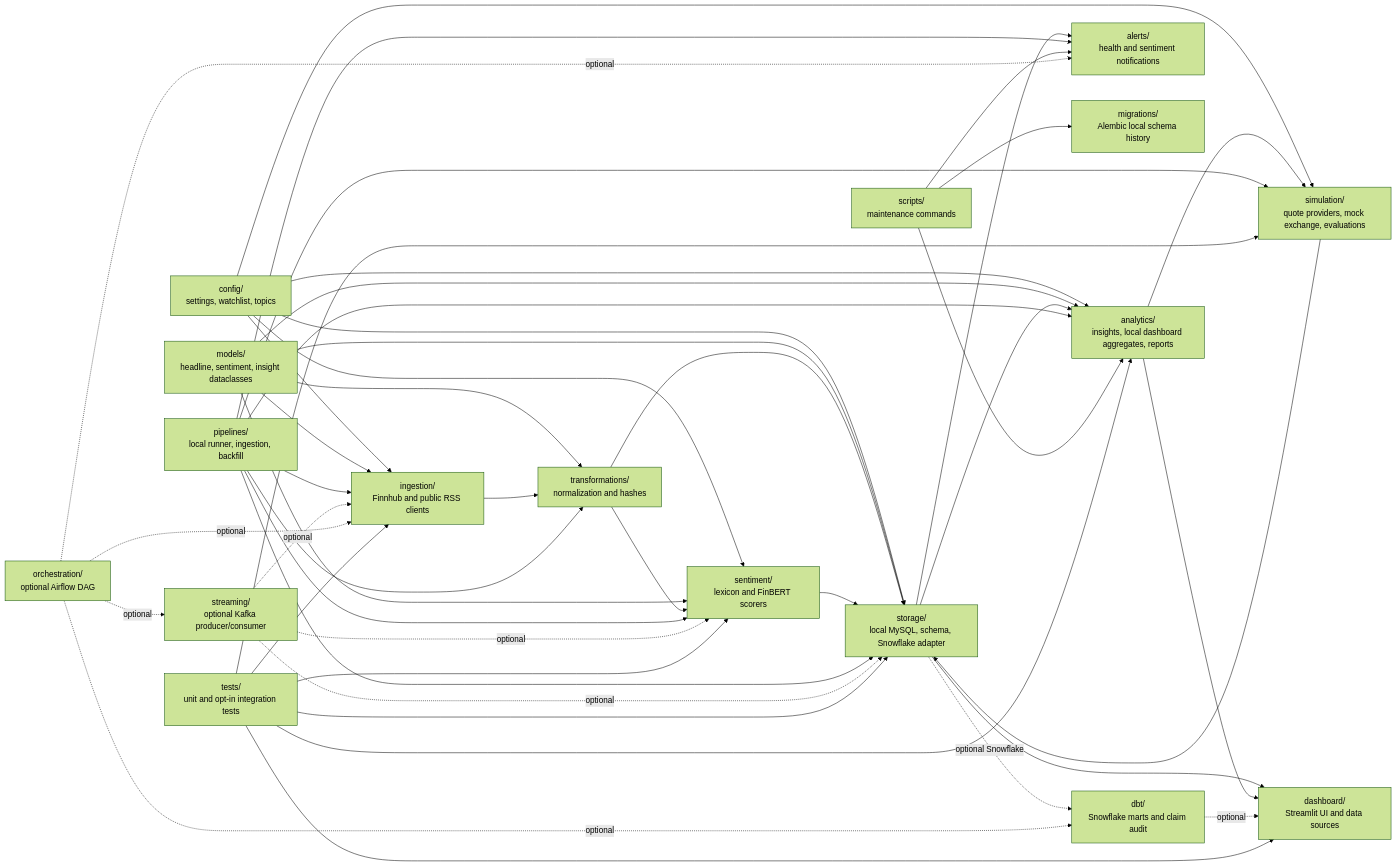
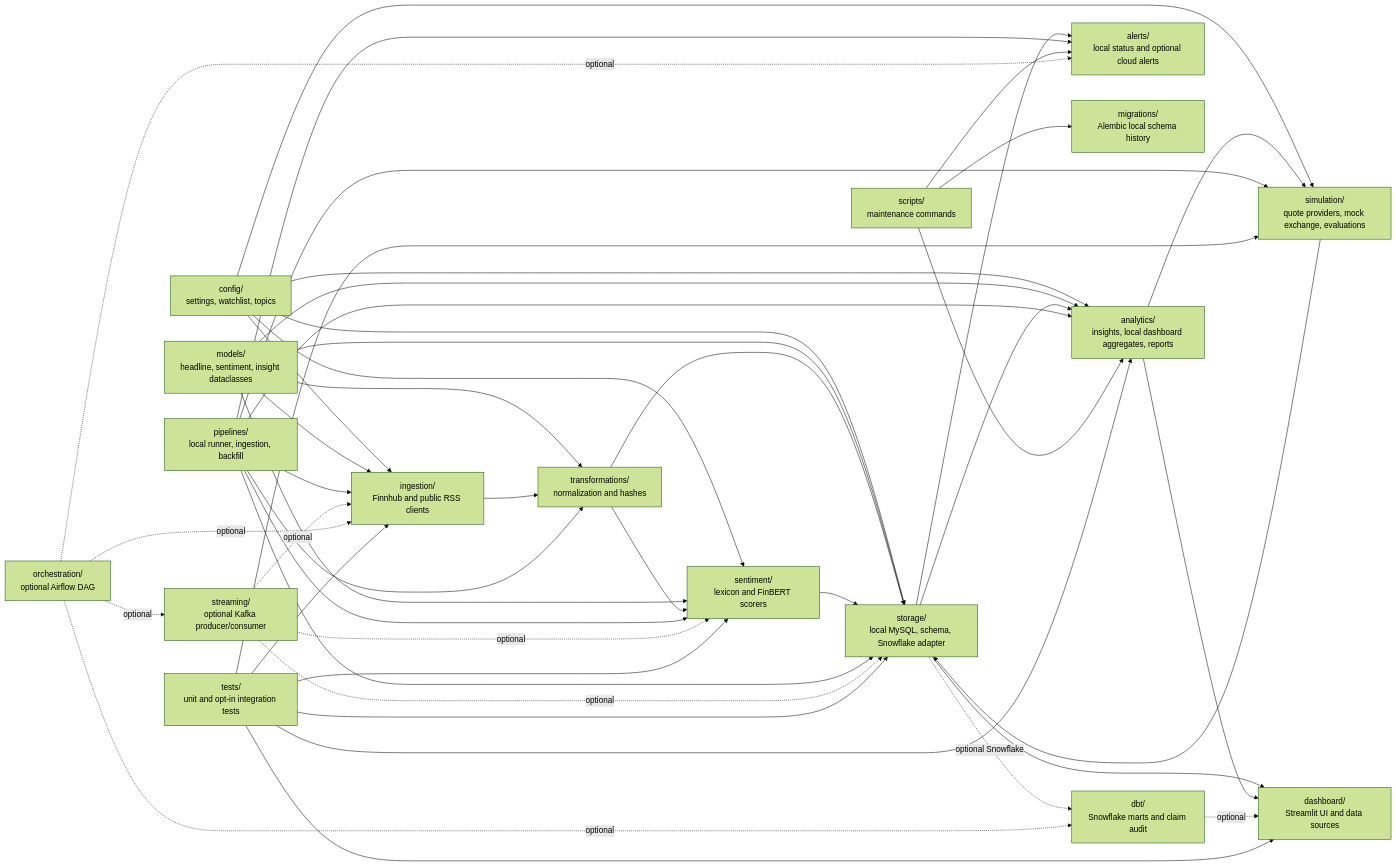
The diagram in docs/package_diagram.md (AdrianCC9/Quicksilver), drawn with Mermaid (forest theme) before and after one commit. The commit also changed 23 other files, not shown here.

````diff
--- a/docs/package_diagram.md
+++ b/docs/package_diagram.md
@@ -1,73 +1,73 @@
 ```mermaid
 flowchart LR
 
     config["config/\nsettings, watchlist, topics"]
     models["models/\nheadline, sentiment, insight dataclasses"]
     ingestion["ingestion/\nFinnhub and public RSS clients"]
     transformations["transformations/\nnormalization and hashes"]
     sentiment["sentiment/\nlexicon and FinBERT scorers"]
     analytics["analytics/\ninsights, local dashboard aggregates, reports"]
     simulation["simulation/\nquote providers, mock exchange, evaluations"]
     storage["storage/\nlocal MySQL, schema, Snowflake adapter"]
-    alerts["alerts/\nhealth and sentiment notifications"]
+    alerts["alerts/\nlocal status and optional cloud alerts"]
     dashboard["dashboard/\nStreamlit UI and data sources"]
     pipelines["pipelines/\nlocal runner, ingestion, backfill"]
     scripts["scripts/\nmaintenance commands"]
     migrations["migrations/\nAlembic local schema history"]
     dbt["dbt/\nSnowflake marts and claim audit"]
     orchestration["orchestration/\noptional Airflow DAG"]
     streaming["streaming/\noptional Kafka producer/consumer"]
     tests["tests/\nunit and opt-in integration tests"]
 
     config --> ingestion
     config --> sentiment
     config --> analytics
     config --> simulation
     config --> storage
 
     models --> ingestion
     models --> transformations
     models --> sentiment
     models --> analytics
     models --> storage
 
     ingestion --> transformations
     transformations --> storage
     transformations --> sentiment
     sentiment --> storage
     storage --> analytics
     analytics --> simulation
     simulation --> storage
     storage --> alerts
     storage --> dashboard
     analytics --> dashboard
 
     pipelines --> ingestion
     pipelines --> transformations
     pipelines --> sentiment
     pipelines --> analytics
     pipelines --> simulation
     pipelines --> alerts
     pipelines --> storage
 
     scripts --> migrations
     scripts --> alerts
     scripts --> analytics
 
     streaming -. optional .-> ingestion
     streaming -. optional .-> sentiment
     streaming -. optional .-> storage
     storage -. optional Snowflake .-> dbt
     dbt -. optional .-> dashboard
     orchestration -. optional .-> ingestion
     orchestration -. optional .-> streaming
     orchestration -. optional .-> dbt
     orchestration -. optional .-> alerts
 
     tests --> ingestion
     tests --> sentiment
     tests --> analytics
     tests --> simulation
     tests --> storage
     tests --> dashboard
 ```
````
